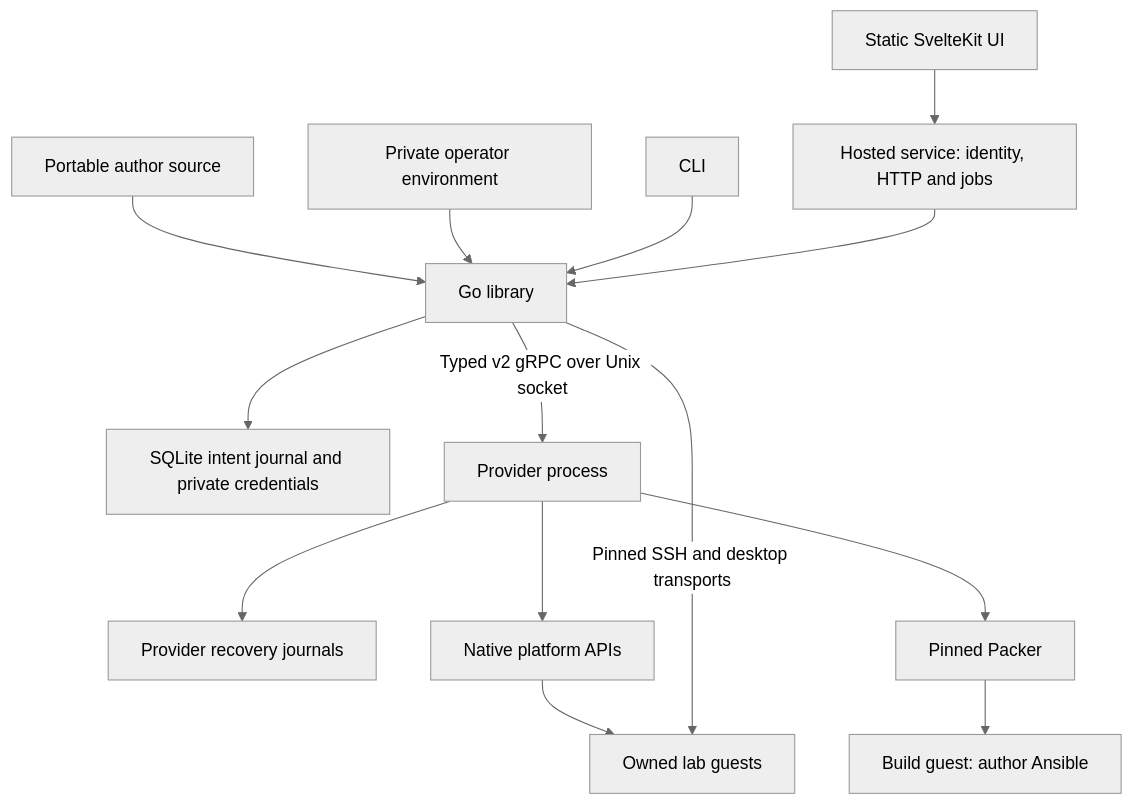
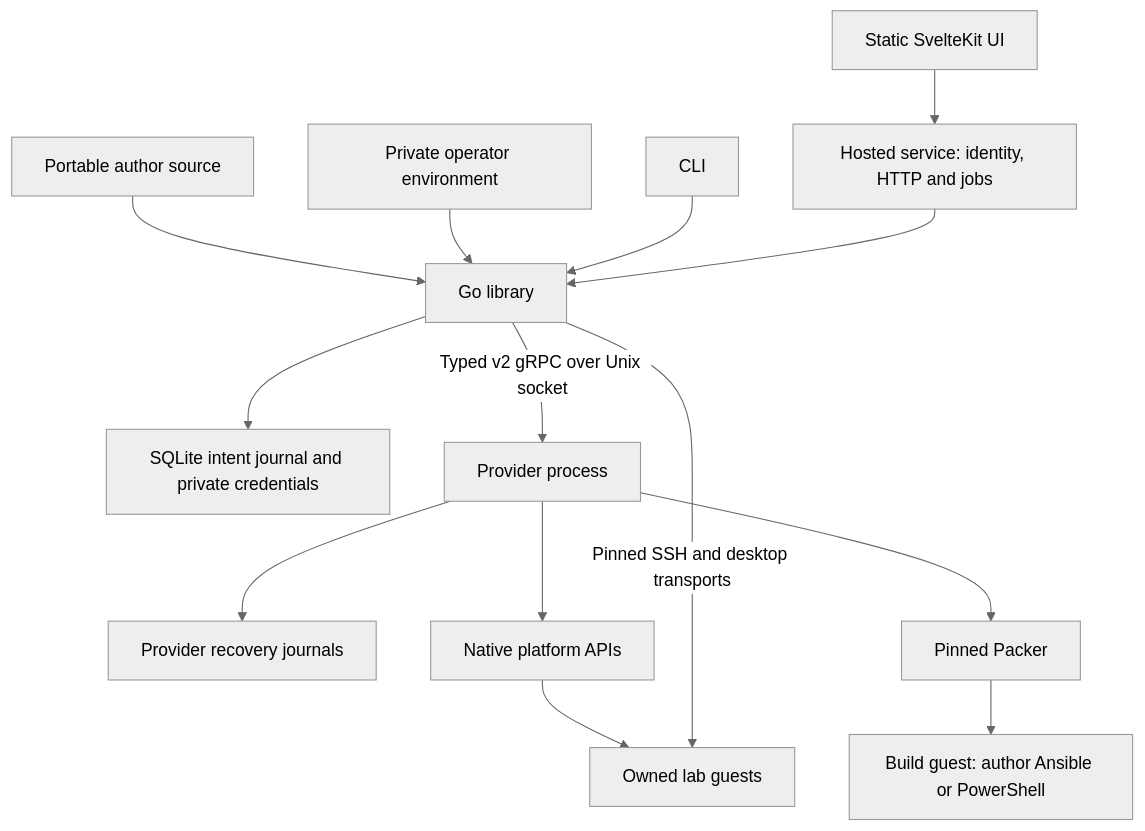
One commit to OutboundSpade/LabCentral changed the diagram in ARCHITECTURE.md. Above: the diagram before and after it, drawn with Mermaid (neutral theme). The commit also changed other lines of this file and 91 other files, not shown here.

````diff
--- a/ARCHITECTURE.md
+++ b/ARCHITECTURE.md
@@ -13,16 +13,16 @@
 ```mermaid
 flowchart TD
     Source[Portable author source] --> Library[Go library]
     Environment[Private operator environment] --> Library
     CLI[CLI] --> Library
     Hosted[Hosted service: identity, HTTP and jobs] --> Library
     Web[Static SvelteKit UI] --> Hosted
     Library --> State[SQLite intent journal and private credentials]
     Library -->|Typed v2 gRPC over Unix socket| Provider[Provider process]
     Provider --> Journal[Provider recovery journals]
     Provider --> APIs[Native platform APIs]
     Provider --> Packer[Pinned Packer]
-    Packer --> BuildGuest[Build guest: author Ansible]
+    Packer --> BuildGuest[Build guest: author Ansible or PowerShell]
     APIs --> Guests[Owned lab guests]
     Library -->|Pinned SSH and desktop transports| Guests
 ```
````
